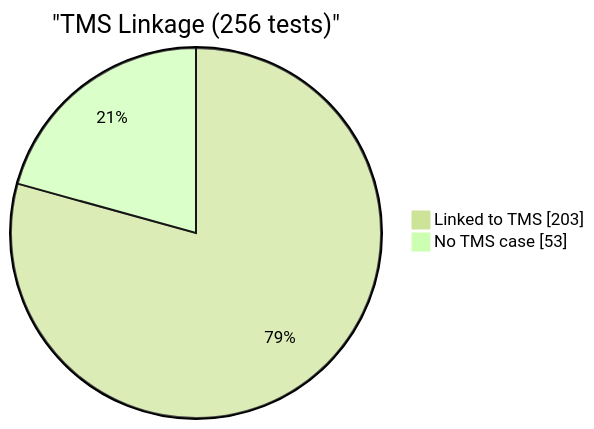
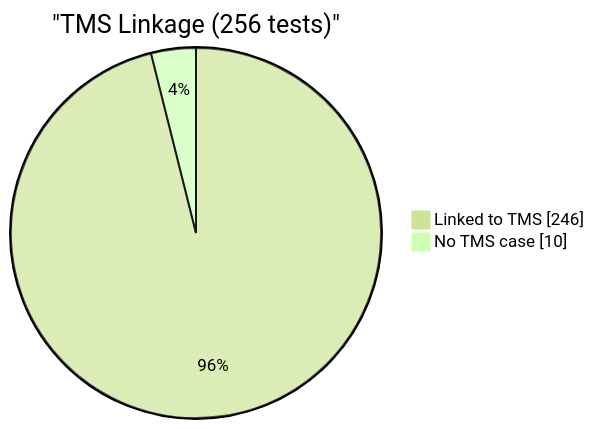
One commit to EliteaAI/onetest-ai-tm-Elitea changed the fourth of 4 diagrams in reports/dashboard.md. Above: the diagram before and after it, drawn with Mermaid (forest theme). The commit also changed other lines of this file and 1 other file, not shown here.

````diff
--- a/reports/dashboard.md
+++ b/reports/dashboard.md
@@ -76,6 +76,6 @@
 ```mermaid
 pie showData
     title "TMS Linkage (256 tests)"
-    "Linked to TMS" : 203
-    "No TMS case" : 53
+    "Linked to TMS" : 246
+    "No TMS case" : 10
 ```
````
